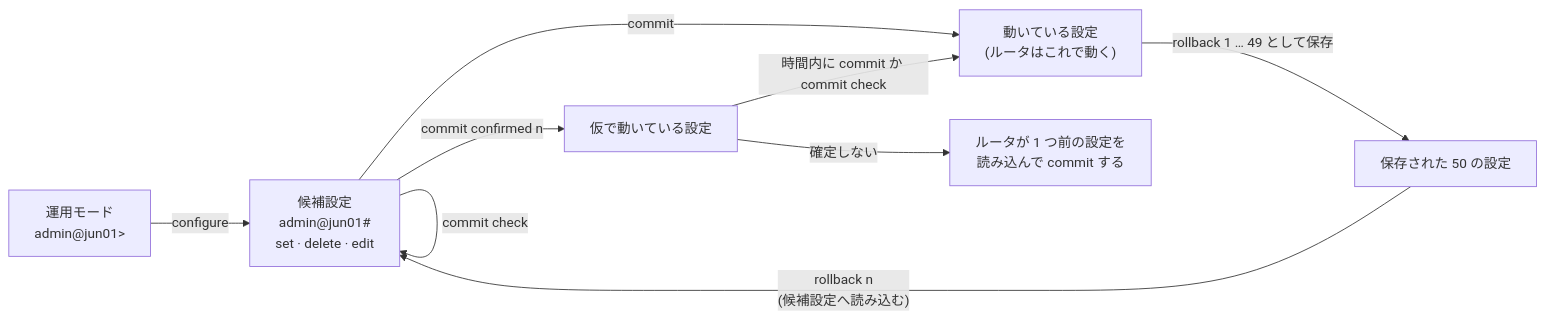
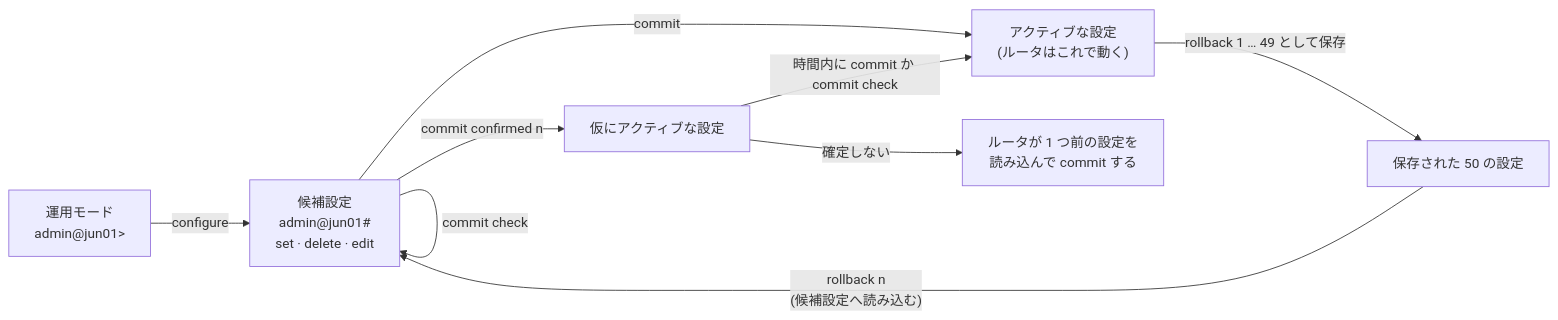
Before and after one commit to suzugross/CCNP_LAB_FACTORY: the diagram in courses/junos/ja/00-j0-map.md, drawn with Mermaid. The commit also changed other lines of this file and 302 other files, not shown here.

````diff
--- a/courses/junos/ja/00-j0-map.md
+++ b/courses/junos/ja/00-j0-map.md
@@ -61,11 +61,11 @@
 ```mermaid
 flowchart LR
   OP["運用モード<br>admin@jun01&gt;"] -- configure --> CAND["候補設定<br>admin@jun01#<br>set · delete · edit"]
   CAND -- "commit check" --> CAND
-  CAND -- commit --> ACT["動いている設定<br>(ルータはこれで動く)"]
+  CAND -- commit --> ACT["アクティブな設定<br>(ルータはこれで動く)"]
   ACT -- "rollback 1 … 49 として保存" --> HIST["保存された 50 の設定"]
   HIST -- "rollback n<br>(候補設定へ読み込む)" --> CAND
-  CAND -- "commit confirmed n" --> PROB["仮で動いている設定"]
+  CAND -- "commit confirmed n" --> PROB["仮にアクティブな設定"]
   PROB -- "時間内に commit か commit check" --> ACT
   PROB -- "確定しない" --> BACK["ルータが 1 つ前の設定を<br>読み込んで commit する"]
 ```
````
